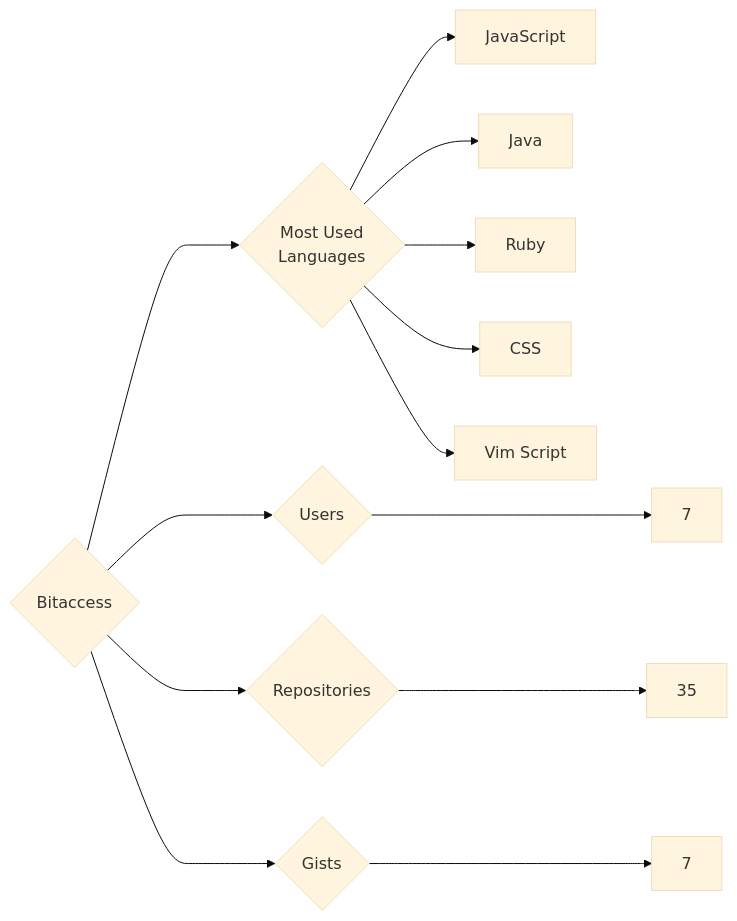
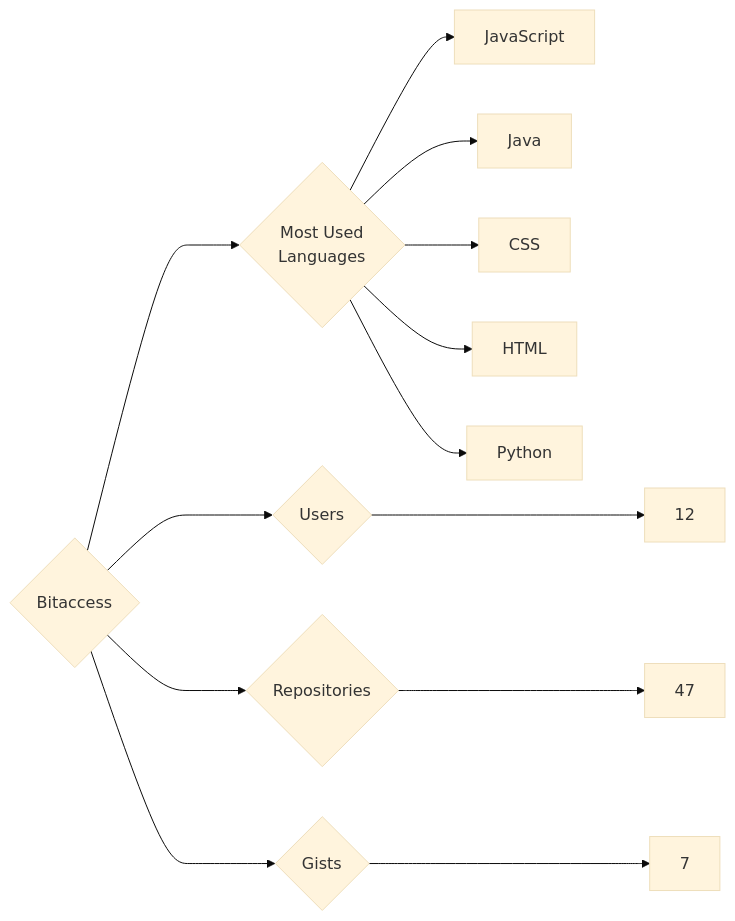
Before and after one commit to trickest/insiders: the diagram in targets/Bitaccess/README.md, drawn with Mermaid (base theme). The commit also changed 1314 other files, not shown here.

````diff
--- a/targets/Bitaccess/README.md
+++ b/targets/Bitaccess/README.md
@@ -3,13 +3,13 @@
 ```mermaid
 graph LR
 COMPANY_NAME{Bitaccess}
-COMPANY_NAME ---> U{Users} ---> UN[7]
-COMPANY_NAME ---> R{Repositories} ---> RN[35]
+COMPANY_NAME ---> U{Users} ---> UN[12]
+COMPANY_NAME ---> R{Repositories} ---> RN[47]
 COMPANY_NAME ---> G{Gists} ---> GN[7]
 COMPANY_NAME ---> ML{Most Used<br>Languages}
 ML --> JavaScript[JavaScript]
 ML --> Java[Java]
-ML --> Ruby[Ruby]
 ML --> CSS[CSS]
-ML --> Vim_Script[Vim Script]
+ML --> HTML[HTML]
+ML --> Python[Python]
 ```
````
